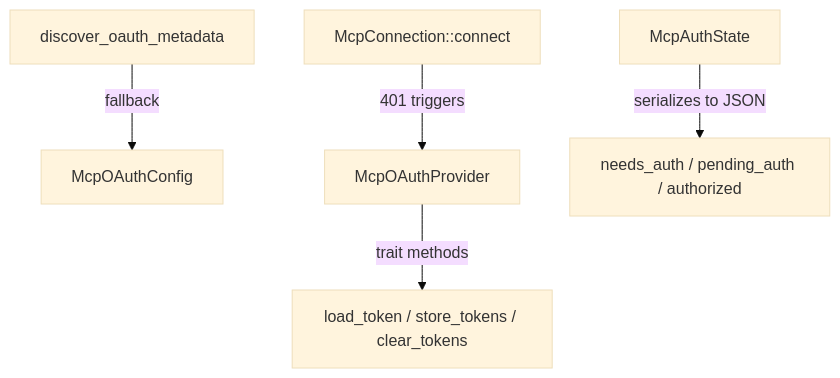
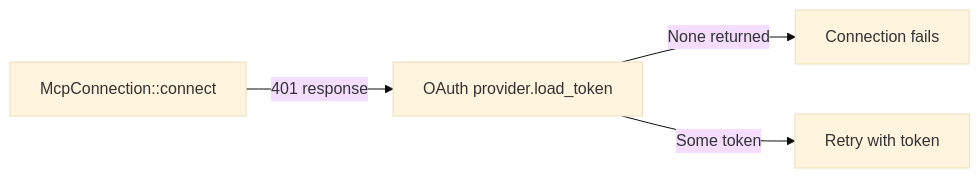
The first of 2 diagrams in other-librefang-runtime-tests.md (leszek3737/librefang-WIki), drawn with Mermaid (base theme) before and after one commit. The commit also changed other lines of this file and 94 other files, not shown here.

````diff
--- a/other-librefang-runtime-tests.md
+++ b/other-librefang-runtime-tests.md
@@ -17,7 +32,6 @@
 ```mermaid
-graph TD
-    A[discover_oauth_metadata] -->|fallback| B[McpOAuthConfig]
-    C[McpConnection::connect] -->|401 triggers| D[McpOAuthProvider]
-    D -->|trait methods| E[load_token / store_tokens / clear_tokens]
-    F[McpAuthState] -->|serializes to JSON| G["needs_auth / pending_auth / authorized"]
+flowchart LR
+    A[McpConnection::connect] -->|401 response| B[OAuth provider.load_token]
+    B -->|None returned| C[Connection fails]
+    B -->|Some token| D[Retry with token]
 ```
````
